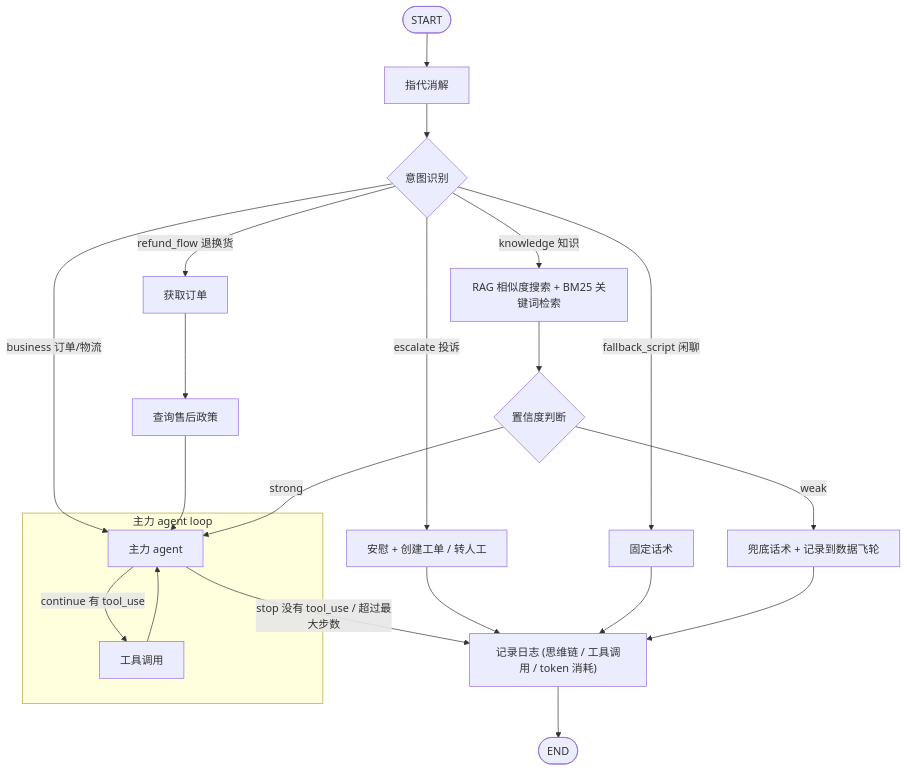
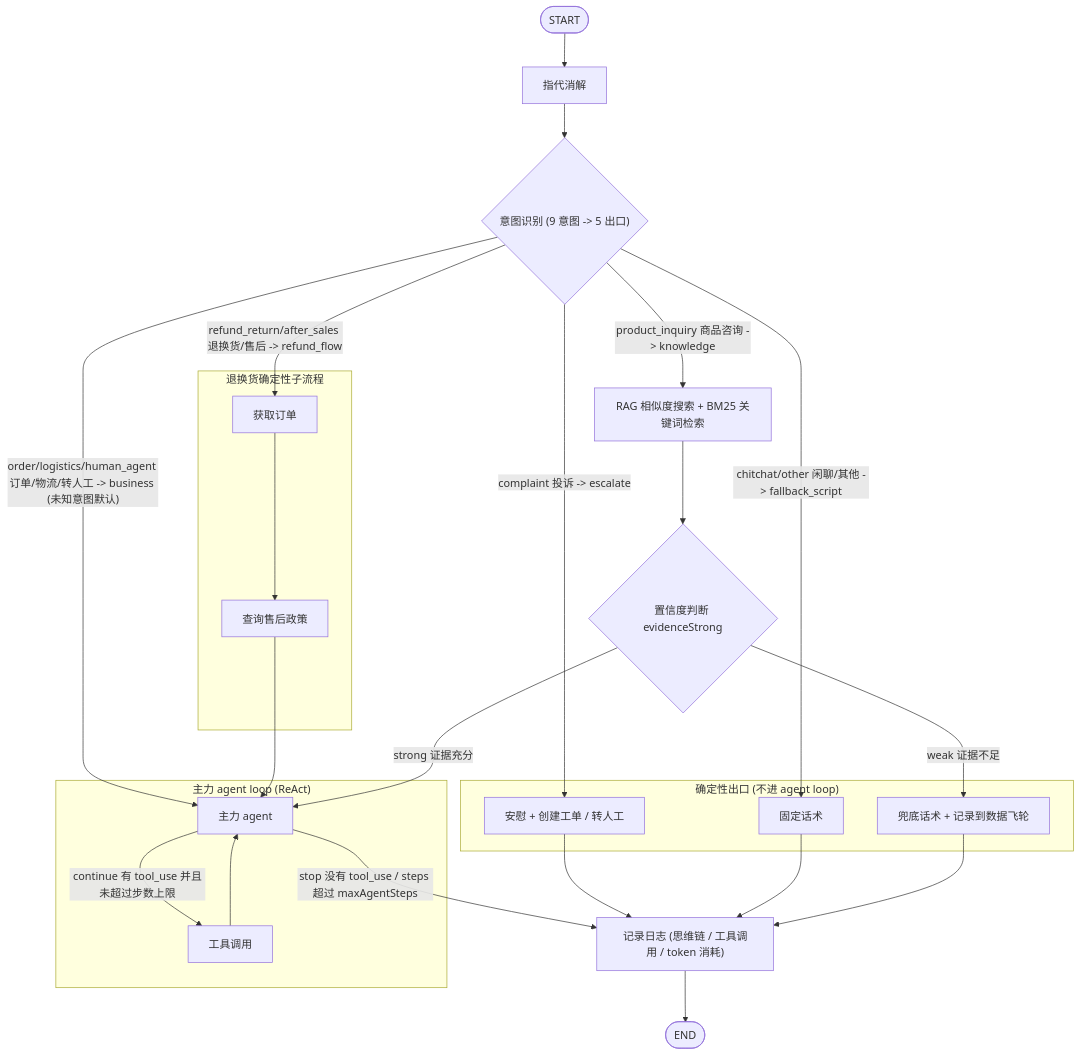
The diagram in content/docs/base/agent2/workflow.md (hangtiancheng/h), drawn with Mermaid before and after one commit. The commit also changed other lines of this file and 10 other files, not shown here.

````diff
--- a/content/docs/base/agent2/workflow.md
+++ b/content/docs/base/agent2/workflow.md
@@ -88,33 +88,42 @@
 ```mermaid
-%%{init: {'themeVariables': {'fontFamily': 'Yukino'}}}%%
+%%{init: {'themeVariables': {'fontFamily': 'Yukino, Geist Mono, Menlo, Cascadia Code, Sarasa Gothic SC, PingFang SC, Microsoft YaHei'}}}%%
 flowchart TD
   START([START]) --> resolve_reference["指代消解"]
-  resolve_reference --> classify_intent{"意图识别"}
+  resolve_reference --> classify_intent{"意图识别 (9 意图 -> 5 出口)"}
 
-  subgraph react["主力 agent loop"]
+  subgraph react["主力 agent loop (ReAct)"]
     main_agent["主力 agent"]
     agent_tools["工具调用"]
-    main_agent -->|"continue 有 tool_use"| agent_tools
+    main_agent -->|"continue 有 tool_use 并且未超过步数上限"| agent_tools
     agent_tools --> main_agent
   end
 
-  classify_intent -->|"escalate 投诉"| complaint_reply["安慰 + 创建工单 / 转人工"]
-  classify_intent -->|"fallback_script 闲聊"| script_reply["固定话术"]
-  classify_intent -->|"knowledge 知识"| retrieve_knowledge["RAG 相似度搜索 + BM25 关键词检索"]
-  classify_intent -->|"refund_flow 退换货"| fetch_order["获取订单"]
-  classify_intent -->|"business 订单/物流"| main_agent
+  subgraph refund["退换货确定性子流程"]
+    fetch_order["获取订单"] --> retrieve_policy["查询售后政策"]
+  end
 
-  fetch_order --> retrieve_policy["查询售后政策"]
+  subgraph exits["确定性出口 (不进 agent loop)"]
+    complaint_reply["安慰 + 创建工单 / 转人工"]
+    script_reply["固定话术"]
+    fallback_reply["兜底话术 + 记录到数据飞轮"]
+  end
+
+  classify_intent -->|"complaint 投诉 -> escalate"| complaint_reply
+  classify_intent -->|"chitchat/other 闲聊/其他 -> fallback_script"| script_reply
+  classify_intent -->|"product_inquiry 商品咨询 -> knowledge"| retrieve_knowledge["RAG 相似度搜索 + BM25 关键词检索"]
+  classify_intent -->|"refund_return/after_sales 退换货/售后 -> refund_flow"| fetch_order
+  classify_intent -->|"order/logistics/human_agent 订单/物流/转人工 -> business (未知意图默认)"| main_agent
+
   retrieve_policy --> main_agent
 
-  retrieve_knowledge --> confidence_check{"置信度判断"}
-  confidence_check -->|"strong"| main_agent
-  confidence_check -->|"weak"| fallback_reply["兜底话术 + 记录到数据飞轮"]
+  retrieve_knowledge --> confidence_check{"置信度判断 evidenceStrong"}
+  confidence_check -->|"strong 证据充分"| main_agent
+  confidence_check -->|"weak 证据不足"| fallback_reply
 
-  main_agent -->|"stop 没有 tool_use / 超过最大步数"| log
+  main_agent -->|"stop 没有 tool_use / steps 超过 maxAgentSteps"| log
 
   complaint_reply --> log
   script_reply --> log
   fallback_reply --> log
   log["记录日志 (思维链 / 工具调用 / token 消耗)"] --> END([END])
 ```
````
